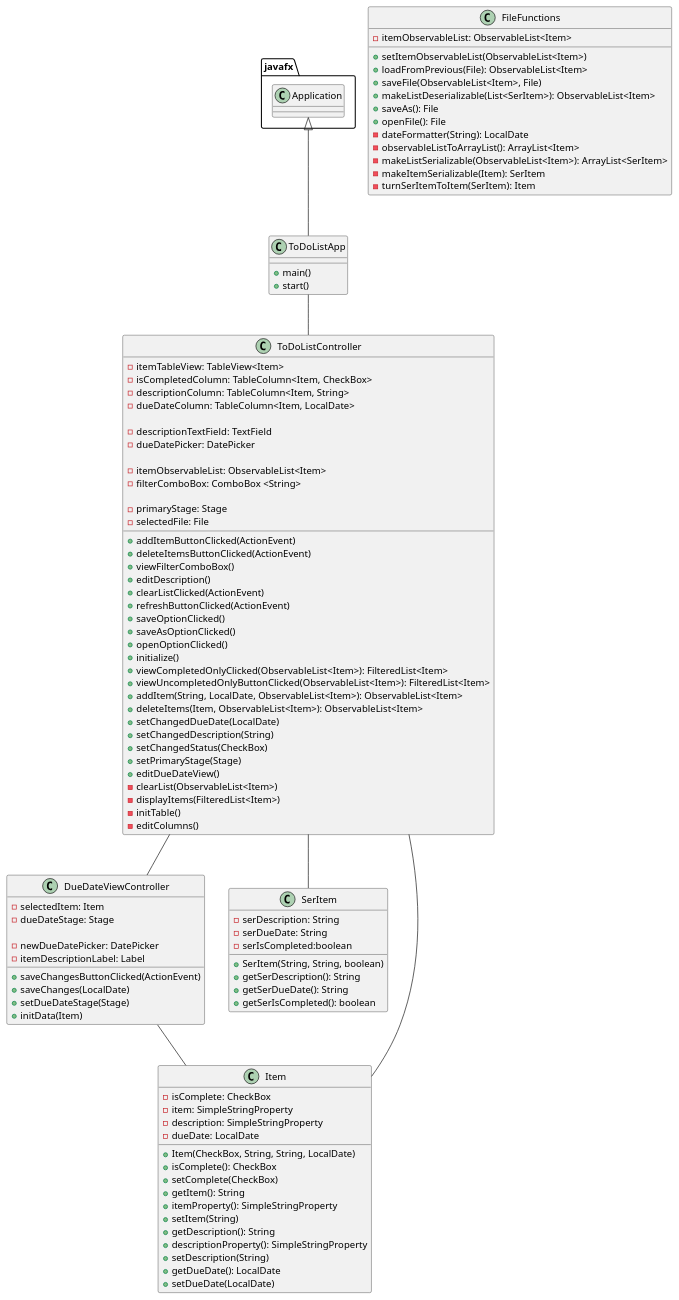
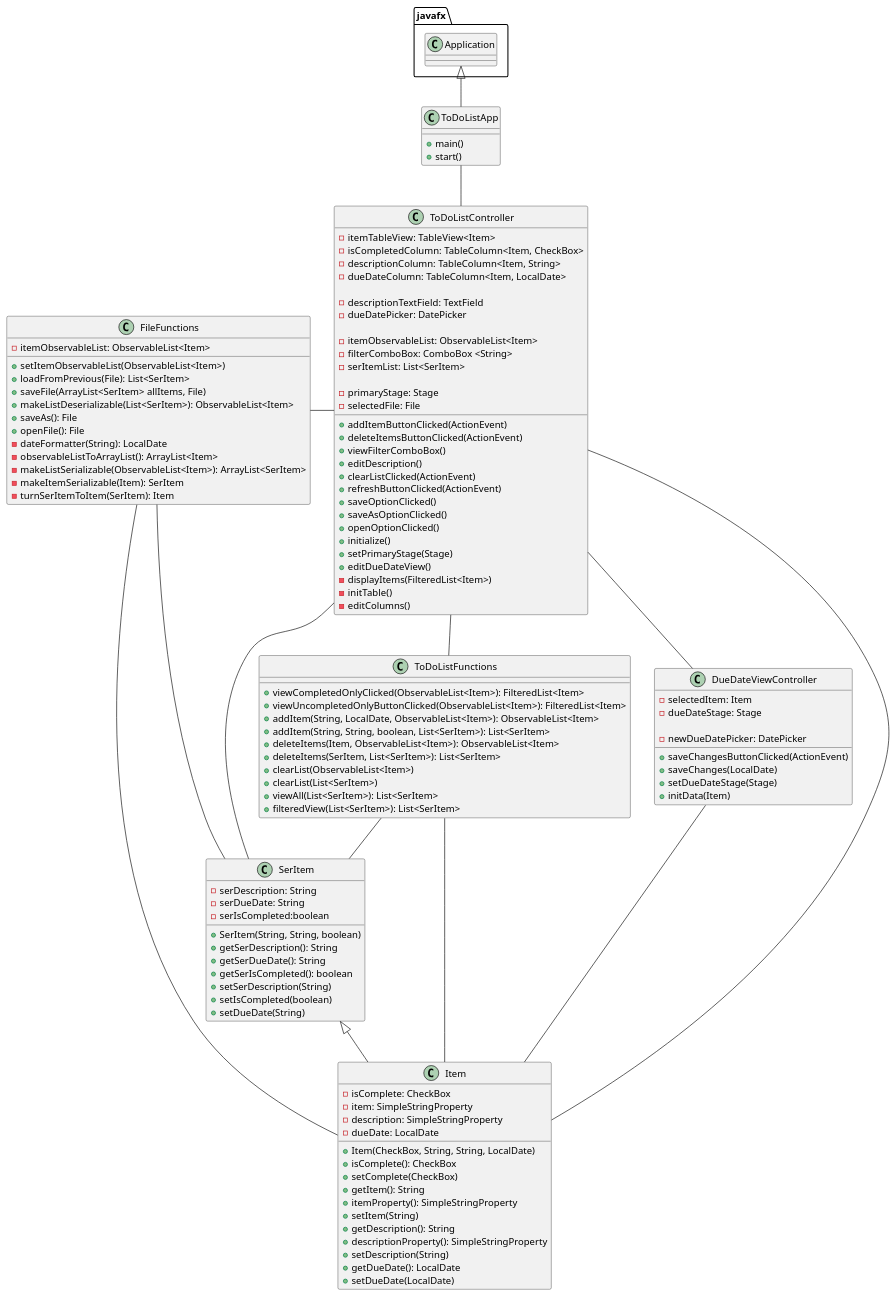
The diagram in uml/ListManager.puml (ivy-nguyen18/nguyen-cop3330-assignment4part2), drawn with PlantUML before and after one commit. The commit also changed 7 other files, not shown here.

```diff
--- a/uml/ListManager.puml
+++ b/uml/ListManager.puml
@@ -1,115 +1,131 @@
 @startuml
 'https://plantuml.com/class-diagram
 
 class ToDoListApp{
     + main()
     + start()
 }
 
 class ToDoListController{
     - itemTableView: TableView<Item>
     - isCompletedColumn: TableColumn<Item, CheckBox>
     - descriptionColumn: TableColumn<Item, String>
     - dueDateColumn: TableColumn<Item, LocalDate>
 
     - descriptionTextField: TextField
     - dueDatePicker: DatePicker
 
     - itemObservableList: ObservableList<Item>
     - filterComboBox: ComboBox <String>
+    - serItemList: List<SerItem>
 
     - primaryStage: Stage
     - selectedFile: File
 
     + addItemButtonClicked(ActionEvent)
     + deleteItemsButtonClicked(ActionEvent)
     + viewFilterComboBox()
     + editDescription()
     + clearListClicked(ActionEvent)
     + refreshButtonClicked(ActionEvent)
     + saveOptionClicked()
     + saveAsOptionClicked()
     + openOptionClicked()
     + initialize()
+    + setPrimaryStage(Stage)
+    + editDueDateView()
+    - displayItems(FilteredList<Item>)
+    - initTable()
+    - editColumns()
+}
+
+class ToDoListFunctions{
     + viewCompletedOnlyClicked(ObservableList<Item>): FilteredList<Item>
     + viewUncompletedOnlyButtonClicked(ObservableList<Item>): FilteredList<Item>
     + addItem(String, LocalDate, ObservableList<Item>): ObservableList<Item>
+    + addItem(String, String, boolean, List<SerItem>): List<SerItem>
     + deleteItems(Item, ObservableList<Item>): ObservableList<Item>
-    + setChangedDueDate(LocalDate)
-    + setChangedDescription(String)
-    + setChangedStatus(CheckBox)
-    + setPrimaryStage(Stage)
-    + editDueDateView()
-    - clearList(ObservableList<Item>)
-    - displayItems(FilteredList<Item>)
-    - initTable()
-    - editColumns()
+    + deleteItems(SerItem, List<SerItem>): List<SerItem>
+    + clearList(ObservableList<Item>)
+    + clearList(List<SerItem>)
+    + viewAll(List<SerItem>): List<SerItem>
+    + filteredView(List<SerItem>): List<SerItem>
 }
 
 class DueDateViewController{
     - selectedItem: Item
     - dueDateStage: Stage
 
     - newDueDatePicker: DatePicker
-    - itemDescriptionLabel: Label
 
     + saveChangesButtonClicked(ActionEvent)
     + saveChanges(LocalDate)
     + setDueDateStage(Stage)
     + initData(Item)
 }
 
 class SerItem{
     - serDescription: String
     - serDueDate: String
     - serIsCompleted:boolean
 
     + SerItem(String, String, boolean)
     + getSerDescription(): String
     + getSerDueDate(): String
     + getSerIsCompleted(): boolean
+    + setSerDescription(String)
+    + setIsCompleted(boolean)
+    + setDueDate(String)
 }
 
 class Item{
     - isComplete: CheckBox
     - item: SimpleStringProperty
     - description: SimpleStringProperty
     - dueDate: LocalDate
 
     + Item(CheckBox, String, String, LocalDate)
     + isComplete(): CheckBox
     + setComplete(CheckBox)
     + getItem(): String
     + itemProperty(): SimpleStringProperty
     + setItem(String)
     + getDescription(): String
     + descriptionProperty(): SimpleStringProperty
     + setDescription(String)
     + getDueDate(): LocalDate
     + setDueDate(LocalDate)
 }
 
 class FileFunctions{
     - itemObservableList: ObservableList<Item>
 
     + setItemObservableList(ObservableList<Item>)
-    + loadFromPrevious(File): ObservableList<Item>
-    + saveFile(ObservableList<Item>, File)
+    + loadFromPrevious(File): List<SerItem>
+    + saveFile(ArrayList<SerItem> allItems, File)
     + makeListDeserializable(List<SerItem>): ObservableList<Item>
     + saveAs(): File
     + openFile(): File
     - dateFormatter(String): LocalDate
     - observableListToArrayList(): ArrayList<Item>
     - makeListSerializable(ObservableList<Item>): ArrayList<SerItem>
     - makeItemSerializable(Item): SerItem
     - turnSerItemToItem(SerItem): Item
 }
 
+
 javafx.Application <|-- ToDoListApp
 ToDoListApp -- ToDoListController
 ToDoListController -- Item
 DueDateViewController -- Item
 ToDoListController -- SerItem
 ToDoListController -- DueDateViewController
+SerItem <|-- Item
+ToDoListFunctions -- SerItem
+ToDoListFunctions -- Item
+ToDoListController -- ToDoListFunctions
+FileFunctions - ToDoListController
+FileFunctions - Item
+FileFunctions -- SerItem
 
 @enduml
```
